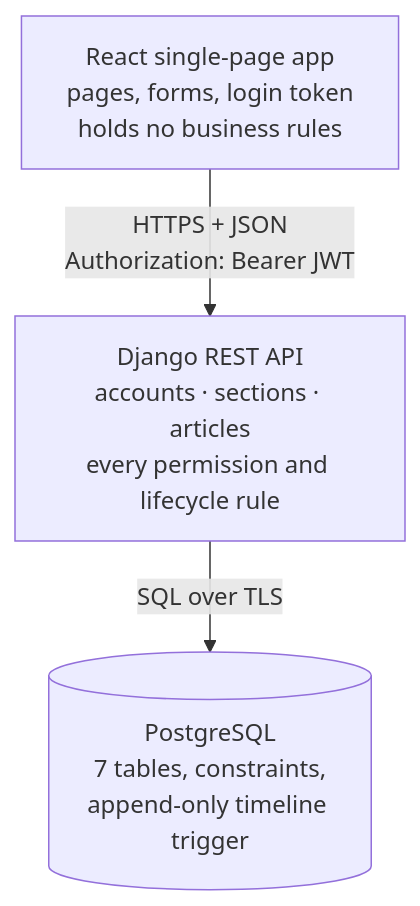
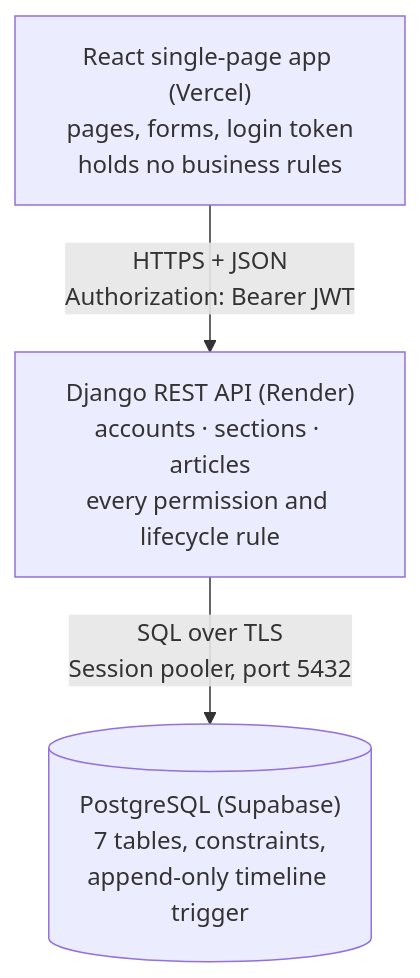
Before and after one commit to anuragkushwah024/Editorial_workflow: the diagram in docs/architecture.md, drawn with Mermaid. The commit also changed other lines of this file and 1 other file, not shown here.

Commit message:
Docs: schema and architecture from the deployed code

````diff
--- a/docs/architecture.md
+++ b/docs/architecture.md
@@ -9,9 +12,9 @@
 ```mermaid
 flowchart TB
-    browser["React single-page app<br/>pages, forms, login token<br/>holds no business rules"]
-    api["Django REST API<br/>accounts · sections · articles<br/>every permission and lifecycle rule"]
-    db[("PostgreSQL<br/>7 tables, constraints,<br/>append-only timeline trigger")]
+    browser["React single-page app (Vercel)<br/>pages, forms, login token<br/>holds no business rules"]
+    api["Django REST API (Render)<br/>accounts · sections · articles<br/>every permission and lifecycle rule"]
+    db[("PostgreSQL (Supabase)<br/>7 tables, constraints,<br/>append-only timeline trigger")]
 
     browser -- "HTTPS + JSON<br/>Authorization: Bearer JWT" --> api
-    api -- "SQL over TLS" --> db
+    api -- "SQL over TLS<br/>Session pooler, port 5432" --> db
 ```
````
